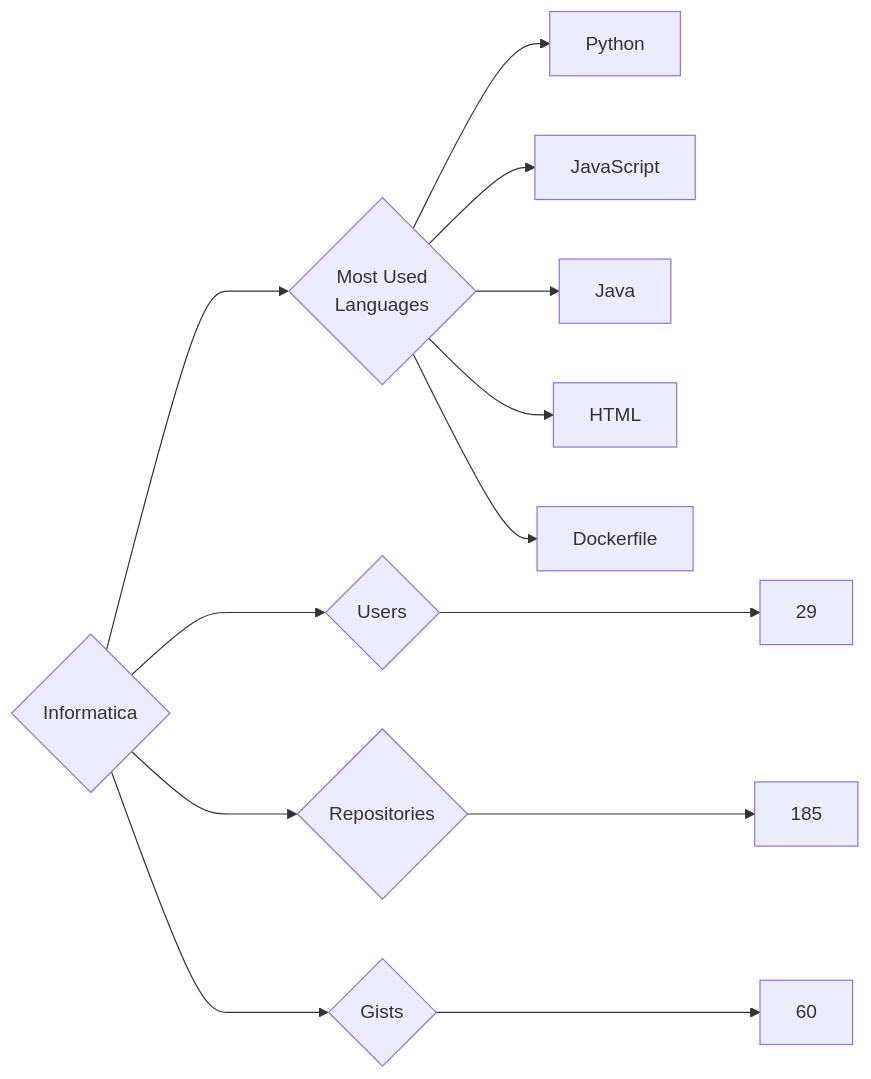
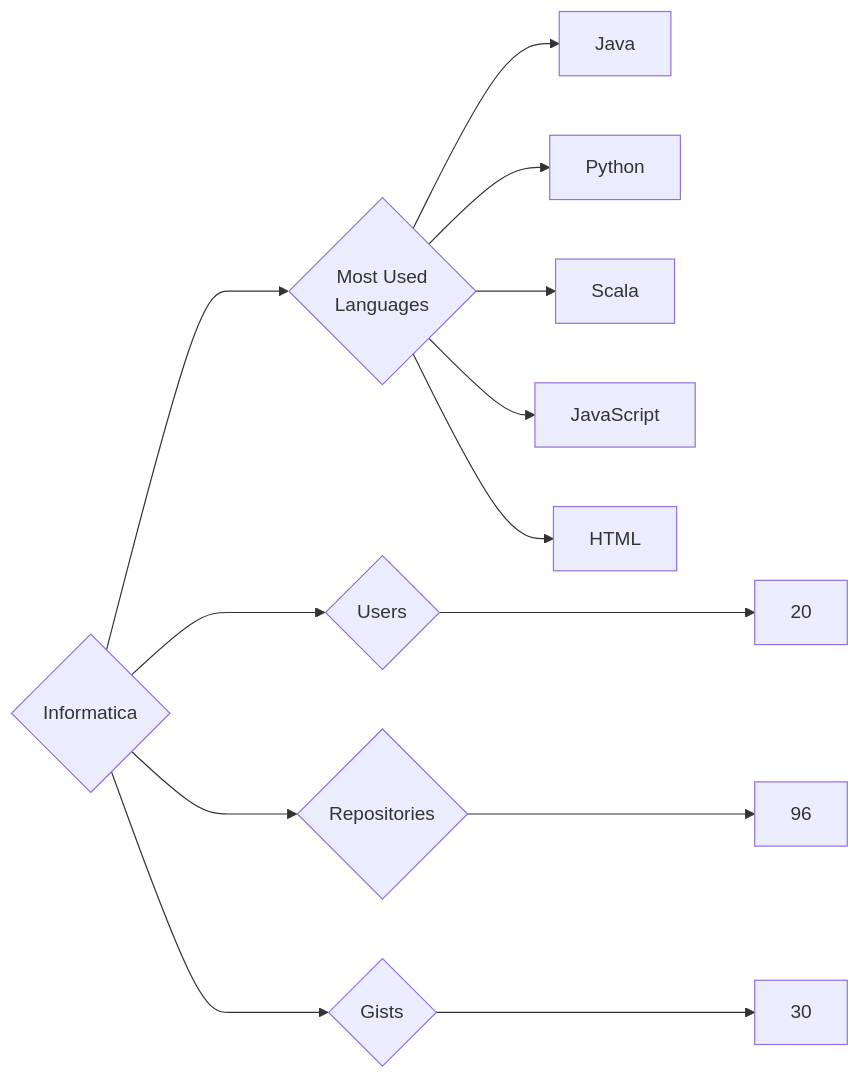
The diagram in targets/Informatica/README.md (trickest/insiders), drawn with Mermaid before and after one commit. The commit also changed 888 other files, not shown here.

````diff
--- a/targets/Informatica/README.md
+++ b/targets/Informatica/README.md
@@ -3,13 +3,13 @@
 ```mermaid
 graph LR
 COMPANY_NAME{Informatica}
-COMPANY_NAME ---> U{Users} ---> UN[29]
-COMPANY_NAME ---> R{Repositories} ---> RN[185]
-COMPANY_NAME ---> G{Gists} ---> GN[60]
+COMPANY_NAME ---> U{Users} ---> UN[20]
+COMPANY_NAME ---> R{Repositories} ---> RN[96]
+COMPANY_NAME ---> G{Gists} ---> GN[30]
 COMPANY_NAME ---> ML{Most Used<br>Languages}
+ML --> Java[Java]
 ML --> Python[Python]
+ML --> Scala[Scala]
 ML --> JavaScript[JavaScript]
-ML --> Java[Java]
 ML --> HTML[HTML]
-ML --> Dockerfile[Dockerfile]
 ```
````
